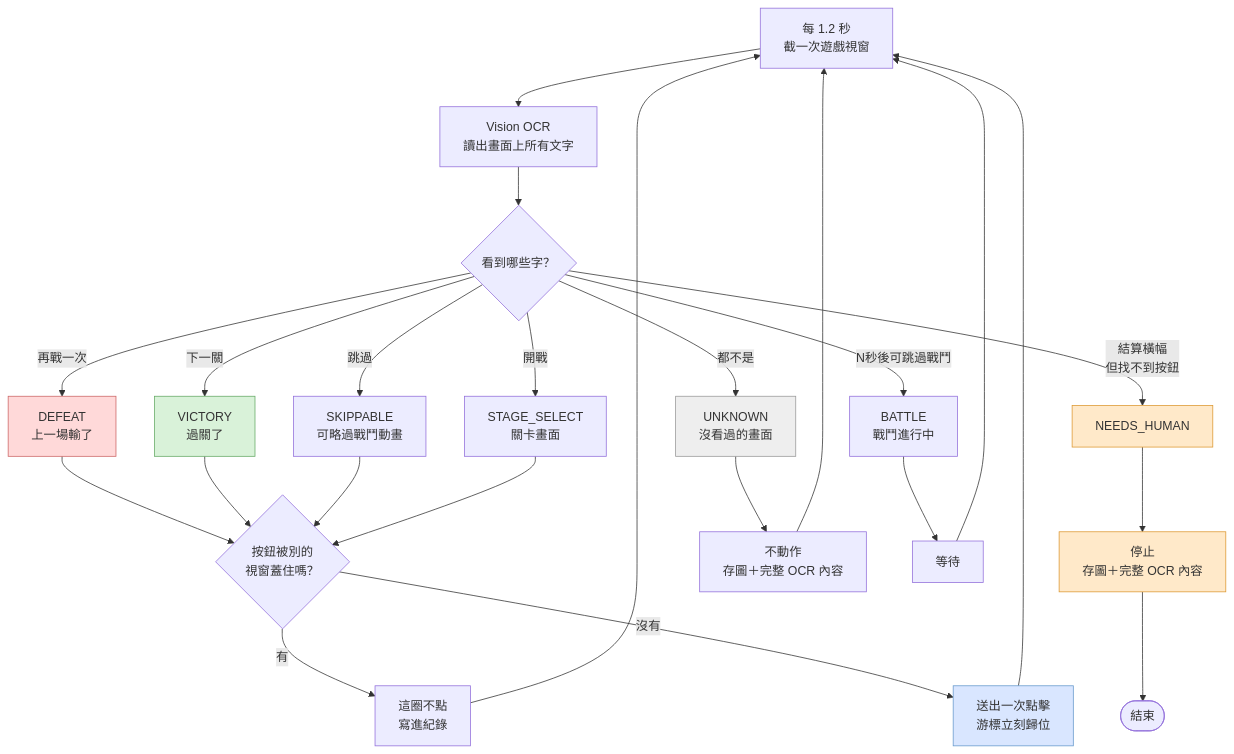
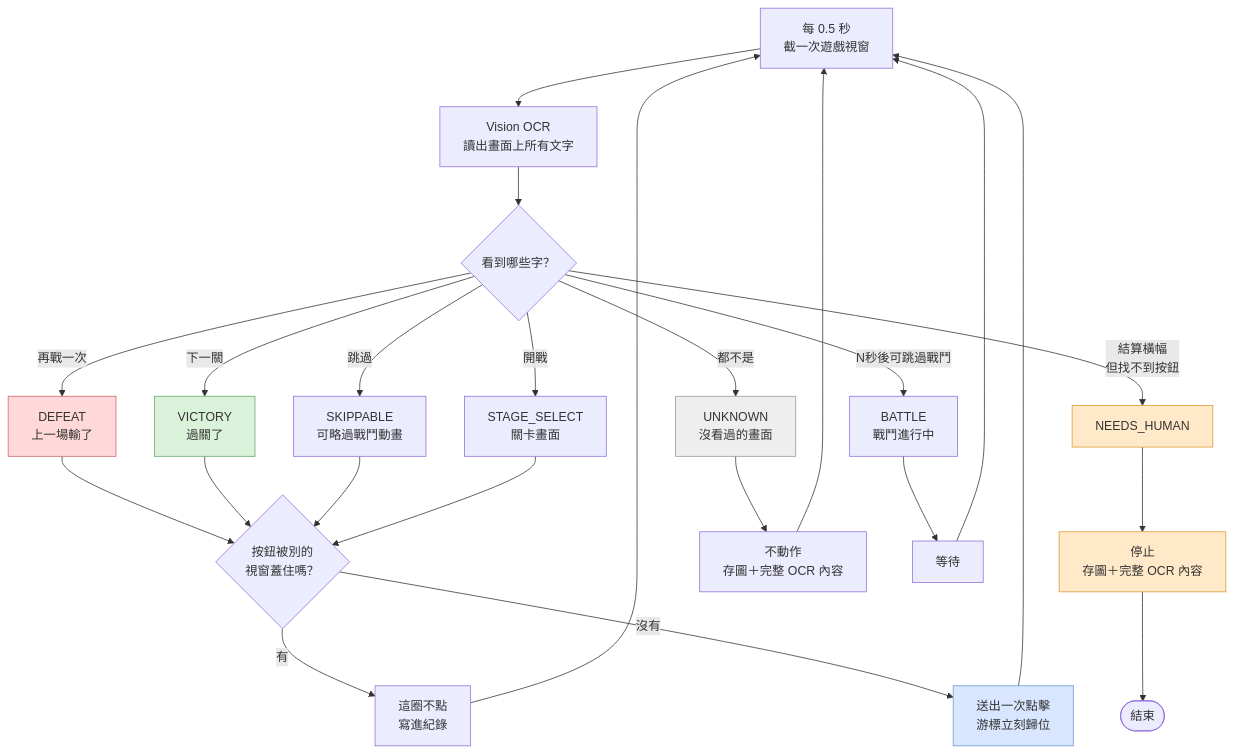
Before and after one commit to livejiaquan/wild-water-world-autoplay: the diagram in README.zh-TW.md, drawn with Mermaid. The commit also changed other lines of this file and 3 other files, not shown here.

````diff
--- a/README.zh-TW.md
+++ b/README.zh-TW.md
@@ -59,34 +77,34 @@
 ```mermaid
 flowchart TD
-    A[每 1.2 秒<br/>截一次遊戲視窗] --> B[Vision OCR<br/>讀出畫面上所有文字]
+    A[每 0.5 秒<br/>截一次遊戲視窗] --> B[Vision OCR<br/>讀出畫面上所有文字]
     B --> C{看到哪些字？}
 
     C -->|再戰一次| D[DEFEAT<br/>上一場輸了]
     C -->|下一關| E[VICTORY<br/>過關了]
     C -->|結算橫幅<br/>但找不到按鈕| F[NEEDS_HUMAN]
     C -->|跳過| G[SKIPPABLE<br/>可略過戰鬥動畫]
     C -->|N秒後可跳過戰鬥| H[BATTLE<br/>戰鬥進行中]
     C -->|開戰| I[STAGE_SELECT<br/>關卡畫面]
     C -->|都不是| J[UNKNOWN<br/>沒看過的畫面]
 
     D & E & G & I --> K{按鈕被別的<br/>視窗蓋住嗎？}
     K -->|有| L[這圈不點<br/>寫進紀錄]
     K -->|沒有| M[送出一次點擊<br/>游標立刻歸位]
 
     F --> N[停止<br/>存圖＋完整 OCR 內容]
     J --> O[不動作<br/>存圖＋完整 OCR 內容]
     H --> P[等待]
 
     M --> A
     L --> A
     O --> A
     P --> A
     N --> Q([結束])
 
     style D fill:#ffd9d9,stroke:#c66
     style E fill:#d9f2d9,stroke:#6a6
     style F fill:#ffe9c9,stroke:#d93
     style J fill:#eee,stroke:#999
     style N fill:#ffe9c9,stroke:#d93
     style M fill:#d9e6ff,stroke:#69c
 ```
````
